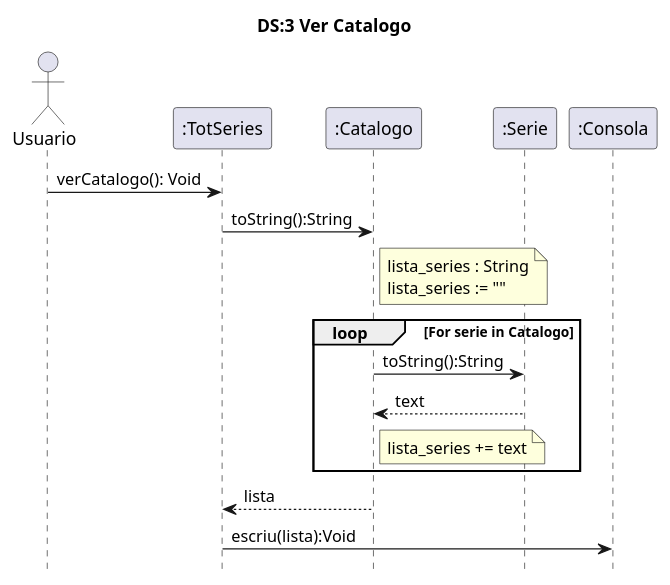
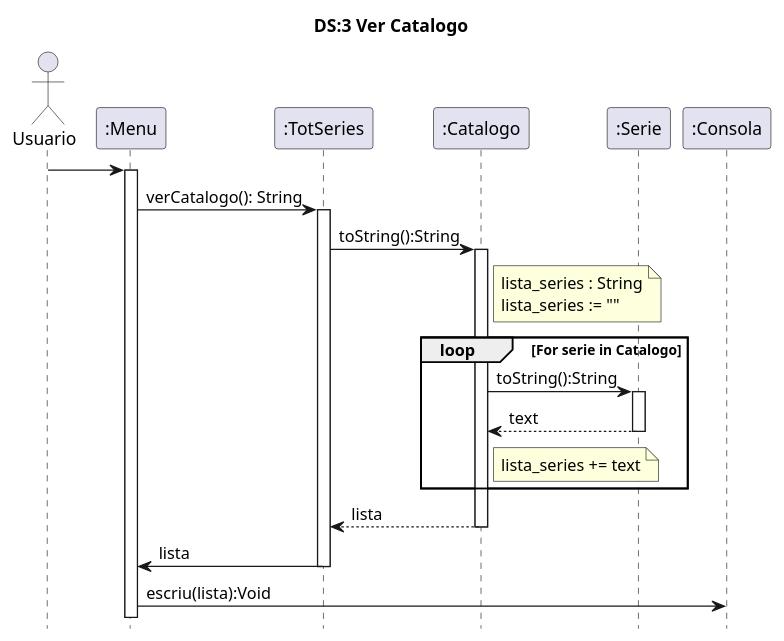
Before and after one commit to MrViciao/TotSeries: the diagram in src/totseries/Uml/Secuencia/Diagrama de Secuencia Uc3.puml, drawn with PlantUML.

Commit message:
Update Diagrama de Secuencia Uc3.puml

```diff
--- a/src/totseries/Uml/Secuencia/Diagrama de Secuencia Uc3.puml
+++ b/src/totseries/Uml/Secuencia/Diagrama de Secuencia Uc3.puml
@@ -1,32 +1,41 @@
 @startuml
 
 title	DS:3 Ver Catalogo
 hide	footbox
 
 actor	Usuario
+participant ":Menu" as Menu
 participant ":TotSeries" as TotSeries
 participant ":Catalogo" as Catalogo
 participant ":Serie" as Serie
 participant ":Consola" as Consola
 
-
-Usuario -> TotSeries:verCatalogo(): Void
+Usuario -> Menu
+activate Menu
+Menu -> TotSeries:verCatalogo(): String
+activate TotSeries
 TotSeries -> Catalogo:toString():String
+activate Catalogo
 note right Catalogo
     lista_series : String
     lista_series := ""
 end note
 
 
 loop For serie in Catalogo
     Catalogo -> Serie:toString():String
+    activate Serie
     Serie --> Catalogo:text
+    deactivate Serie
     note right Catalogo
         lista_series += text
     endnote
 end
 Catalogo --> TotSeries: lista
-TotSeries -> Consola: escriu(lista):Void
+deactivate Catalogo
+TotSeries -> Menu : lista
+deactivate TotSeries
+Menu -> Consola: escriu(lista):Void
 
 
 @enduml
```
